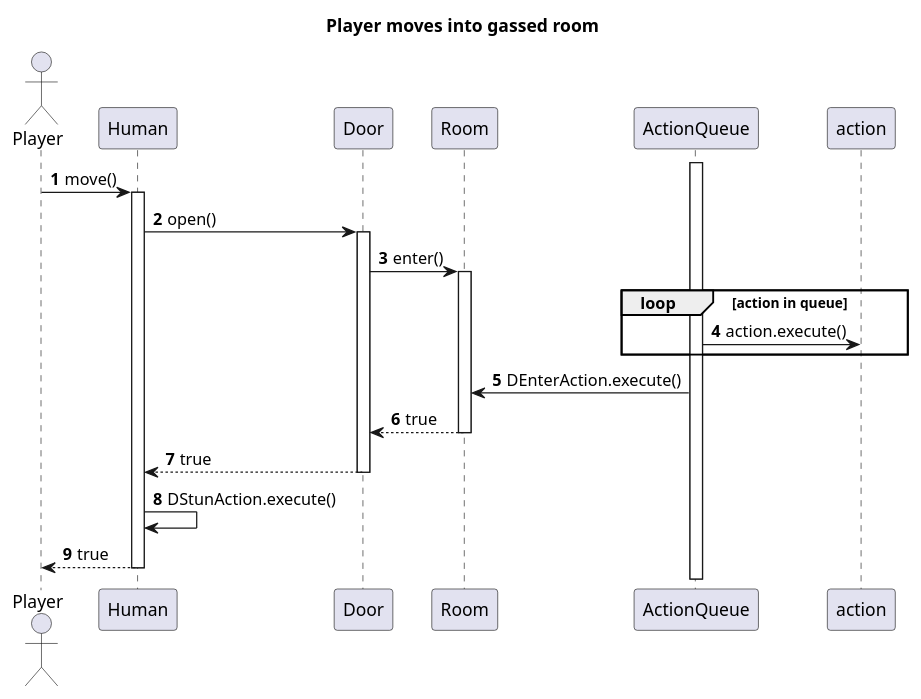
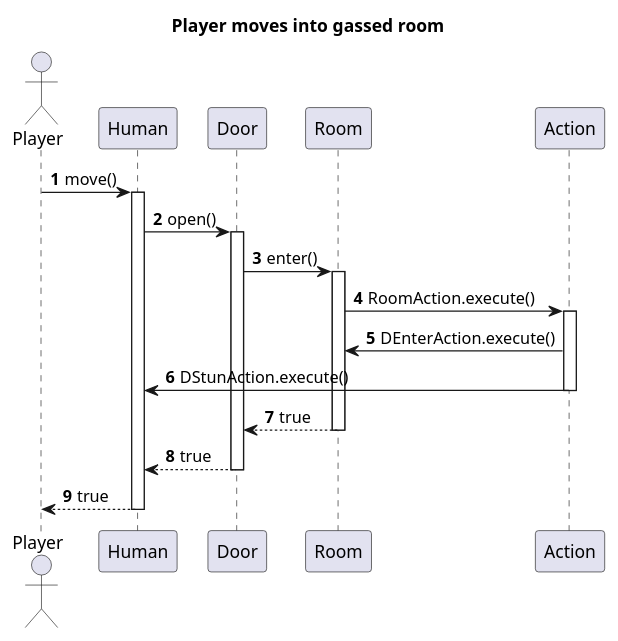
Before and after one commit to MysticMazeEducators/.github: the diagram in resources/sequence_diagrams/playerMove/playerMove_gassed.puml, drawn with PlantUML. The commit also changed 8 other files, not shown here.

Commit message:
Added files for TODO sequence diagrams, changes on playerMove sequence diagrams

```diff
--- a/resources/sequence_diagrams/playerMove/playerMove_gassed.puml
+++ b/resources/sequence_diagrams/playerMove/playerMove_gassed.puml
@@ -1,34 +1,33 @@
 @startuml
 'https://plantuml.com/sequence-diagram
 
 title Player moves into gassed room
 autonumber
 
 actor Player as p
 participant Human as H
 participant Door as D
 participant Room as R
-participant ActionQueue as A
+participant Action as A
 
 p->H: move()
 activate H
 
 H->D: open()
 activate D
 
 D->R: enter()
 activate R
 
-loop action in queue
-    A->action: action.execute()
-end loop
+R->A: RoomAction.execute()
 activate A
+
 A->R: DEnterAction.execute()
+A->H: DStunAction.execute()
+deactivate A
 
 return true
 return true
+return true
 
-H->H: DStunAction.execute()
-
-return true
 @enduml
```
